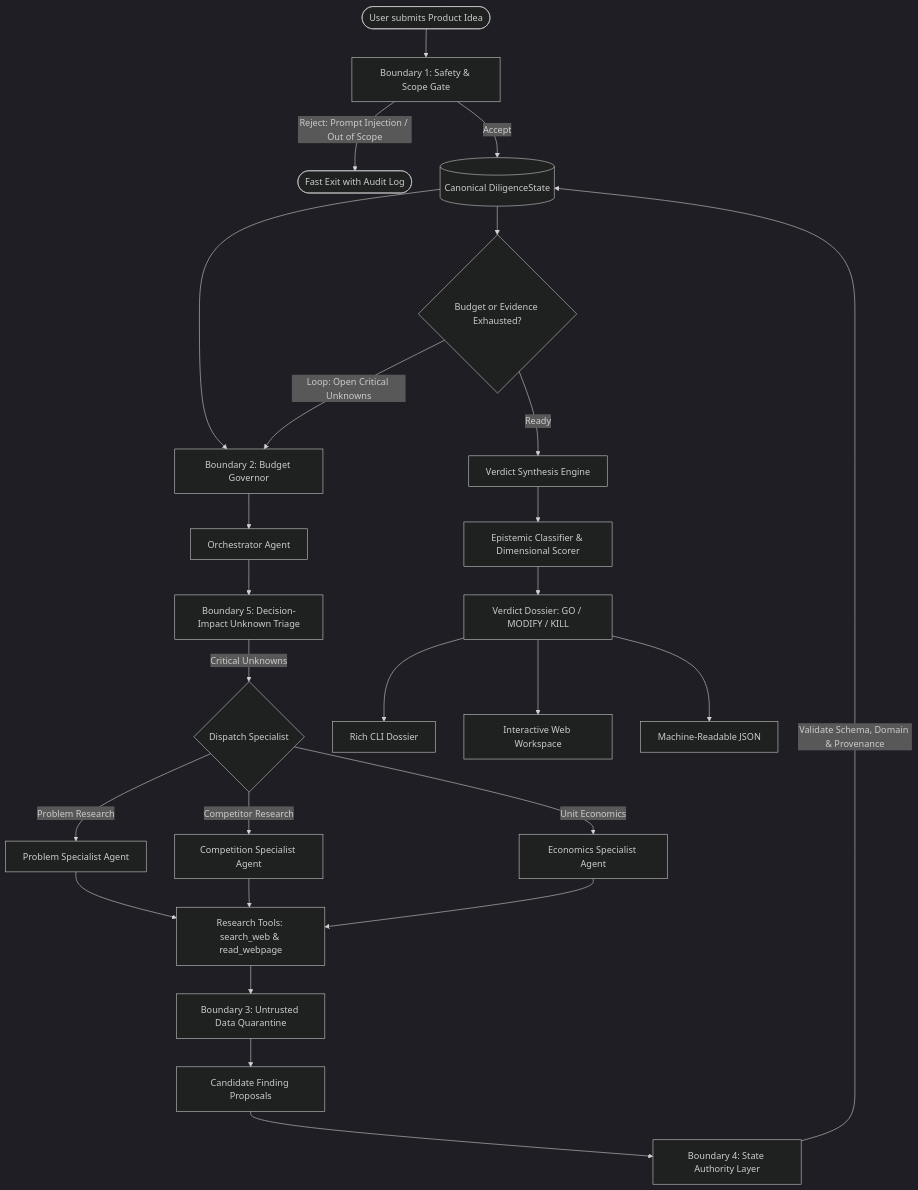
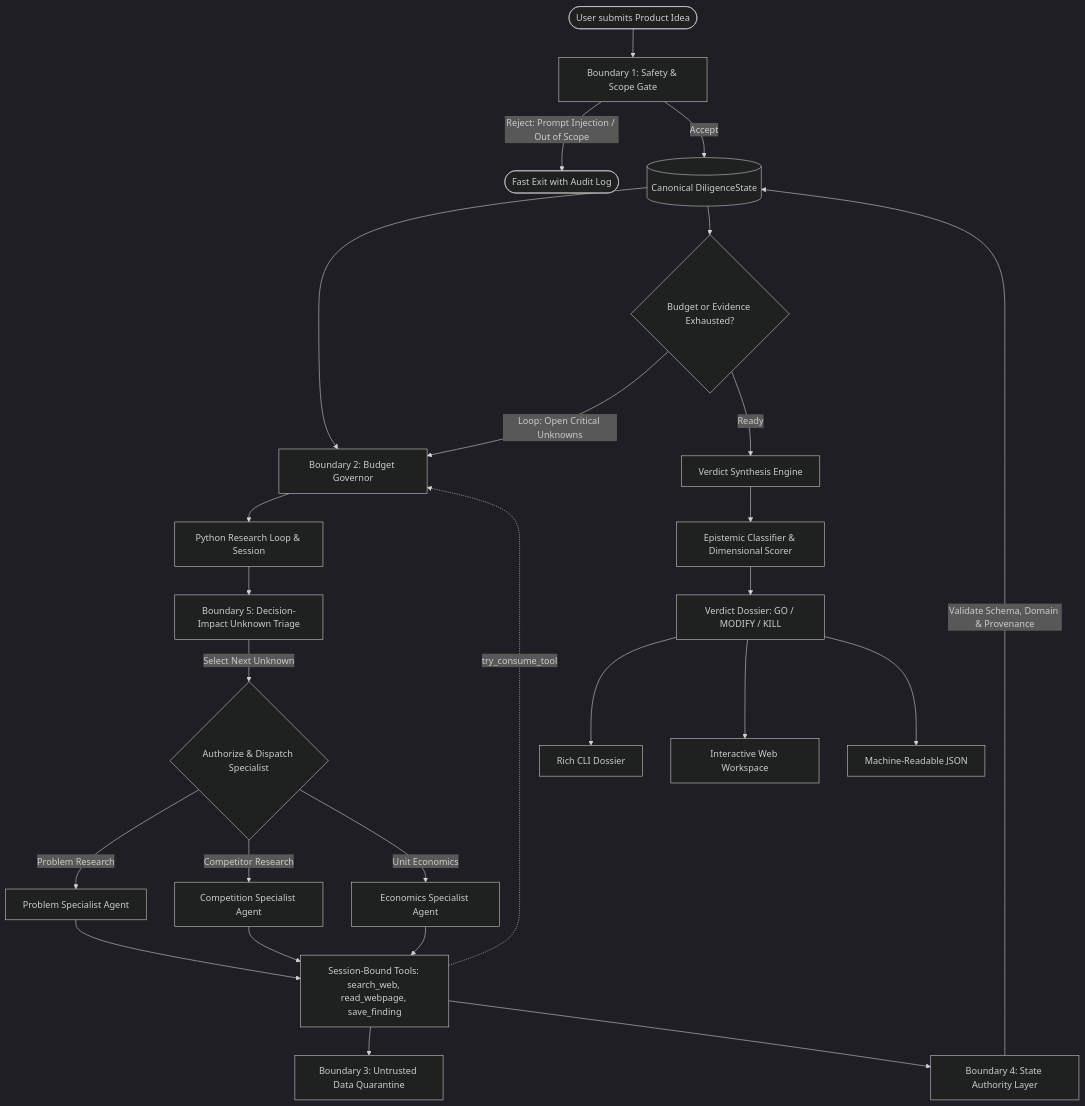
One commit to gokul2210krishnan/idea-diligence-agent changed the diagram in README.md. Above: the diagram before and after it, drawn with Mermaid (dark theme). The commit also changed other lines of this file and 5 other files, not shown here.

````diff
--- a/README.md
+++ b/README.md
@@ -78,33 +78,33 @@
 ```mermaid
 flowchart TD
     User([User submits Product Idea]) --> SG[Boundary 1: Safety & Scope Gate]
     SG -->|Reject: Prompt Injection / Out of Scope| Terminate([Fast Exit with Audit Log])
     SG -->|Accept| State[(Canonical DiligenceState)]
     
     State --> BG[Boundary 2: Budget Governor]
-    BG --> Orch[Orchestrator Agent]
+    BG --> Loop[Python Research Loop & Session]
     
-    Orch --> Tri[Boundary 5: Decision-Impact Unknown Triage]
-    Tri -->|Critical Unknowns| Dispatch{Dispatch Specialist}
+    Loop --> Tri[Boundary 5: Decision-Impact Unknown Triage]
+    Tri -->|Select Next Unknown| Dispatch{Authorize & Dispatch Specialist}
     
     Dispatch -->|Problem Research| PA[Problem Specialist Agent]
     Dispatch -->|Competitor Research| CA[Competition Specialist Agent]
     Dispatch -->|Unit Economics| EA[Economics Specialist Agent]
     
-    PA & CA & EA --> Tools[Research Tools: search_web & read_webpage]
+    PA & CA & EA --> Tools[Session-Bound Tools: search_web, read_webpage, save_finding]
+    Tools -.->|try_consume_tool| BG
     Tools --> Sanitizer[Boundary 3: Untrusted Data Quarantine]
-    Sanitizer --> Proposals[Candidate Finding Proposals]
+    Tools --> Updater[Boundary 4: State Authority Layer]
     
-    Proposals --> Updater[Boundary 4: State Authority Layer]
     Updater -->|Validate Schema, Domain & Provenance| State
     
     State --> Evaluate{Budget or Evidence Exhausted?}
     Evaluate -->|Loop: Open Critical Unknowns| BG
     Evaluate -->|Ready| VerdictEngine[Verdict Synthesis Engine]
     
     VerdictEngine --> Classifier[Epistemic Classifier & Dimensional Scorer]
     Classifier --> Dossier[Verdict Dossier: GO / MODIFY / KILL]
     Dossier --> CLI[Rich CLI Dossier]
     Dossier --> Web[Interactive Web Workspace]
     Dossier --> JSON[Machine-Readable JSON]
 ```
````
